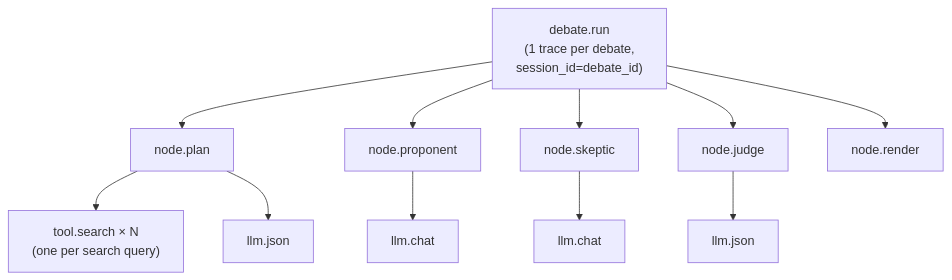
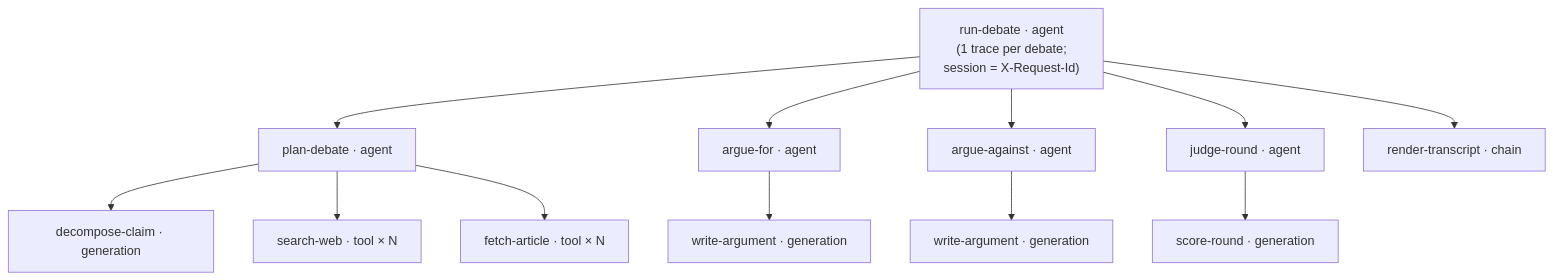
Before and after one commit to Abdul-Muizz1310/paper-trail-backend: the fourth of 4 diagrams in docs/ARCHITECTURE.md, drawn with Mermaid. The commit also changed other lines of this file and 5 other files, not shown here.

First line of the commit message:
docs: describe the Langfuse v4 debate trace

````diff
--- a/docs/ARCHITECTURE.md
+++ b/docs/ARCHITECTURE.md
@@ -217,15 +218,16 @@
 ```mermaid
 flowchart TD
-    Trace["debate.run<br/>(1 trace per debate,<br/>session_id=debate_id)"] --> PlanSpan["node.plan"]
-    Trace --> ProSpan["node.proponent"]
-    Trace --> SkepSpan["node.skeptic"]
-    Trace --> JudgeSpan["node.judge"]
-    Trace --> RenderSpan["node.render"]
+    Trace["run-debate · agent<br/>(1 trace per debate;<br/>session = X-Request-Id)"] --> PlanSpan["plan-debate · agent"]
+    Trace --> ProSpan["argue-for · agent"]
+    Trace --> SkepSpan["argue-against · agent"]
+    Trace --> JudgeSpan["judge-round · agent"]
+    Trace --> RenderSpan["render-transcript · chain"]
 
-    PlanSpan --> ToolSpan1["tool.search × N<br/>(one per search query)"]
-    PlanSpan --> LLMSpan0["llm.json"]
+    PlanSpan --> LLMSpan0["decompose-claim · generation"]
+    PlanSpan --> ToolSpan1["search-web · tool × N"]
+    PlanSpan --> ToolSpan2["fetch-article · tool × N"]
 
-    ProSpan --> LLMSpan1["llm.chat"]
-    SkepSpan --> LLMSpan2["llm.chat"]
-    JudgeSpan --> LLMSpan3["llm.json"]
+    ProSpan --> LLMSpan1["write-argument · generation"]
+    SkepSpan --> LLMSpan2["write-argument · generation"]
+    JudgeSpan --> LLMSpan3["score-round · generation"]
 ```
````
